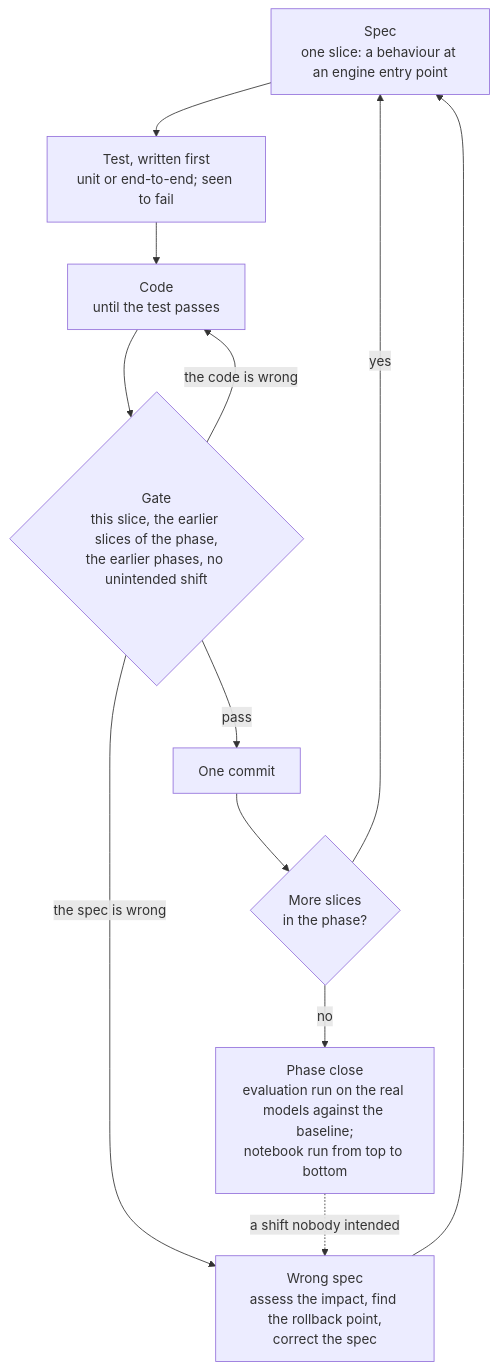
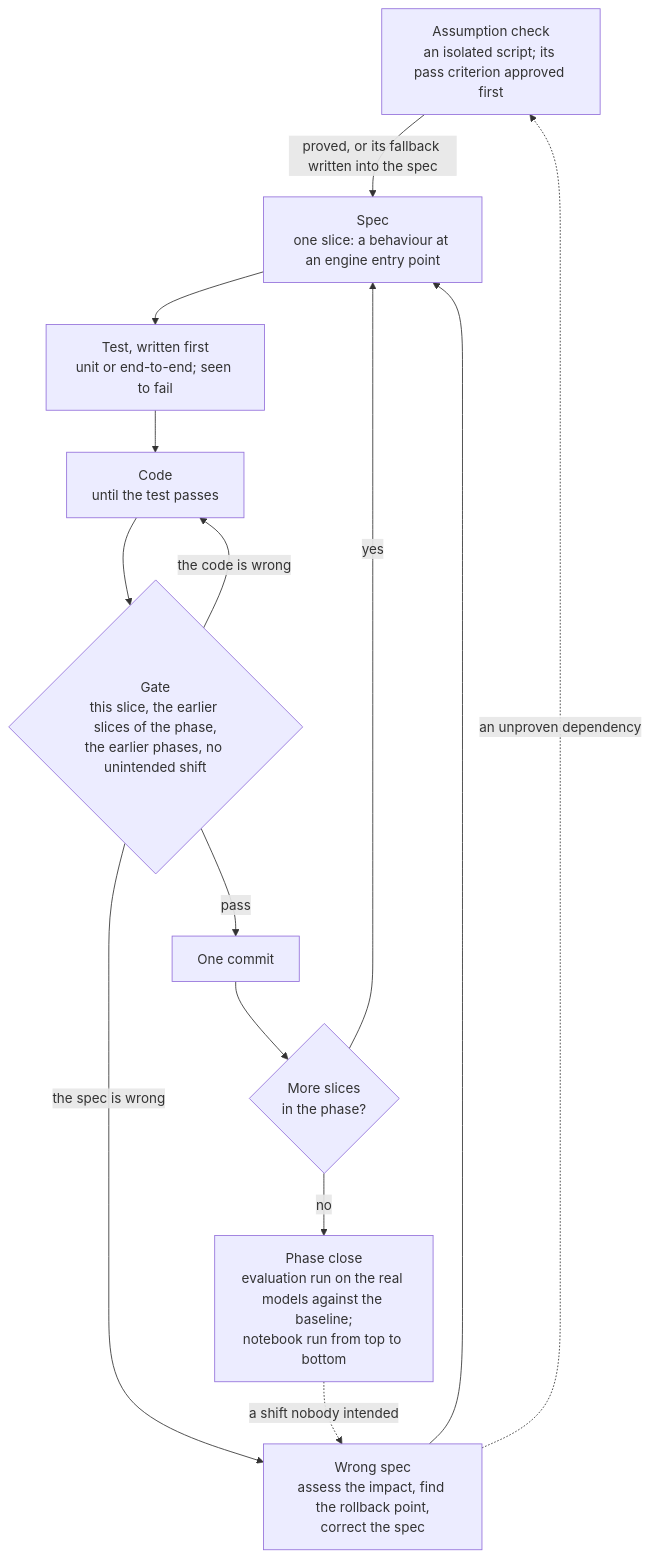
Before and after one commit to chazyman/financial-agent-capstone: the fifth of 5 diagrams in PROPOSAL.md, drawn with Mermaid. The commit also changed other lines of this file and 6 other files, not shown here.

````diff
--- a/PROPOSAL.md
+++ b/PROPOSAL.md
@@ -392,19 +392,22 @@
 ```mermaid
 flowchart TB
+    CHECK["Assumption check<br/>an isolated script; its pass criterion approved first"]
     SPEC["Spec<br/>one slice: a behaviour at an engine entry point"]
     TEST["Test, written first<br/>unit or end-to-end; seen to fail"]
     CODE["Code<br/>until the test passes"]
     GATE{"Gate<br/>this slice, the earlier slices of the phase,<br/>the earlier phases, no unintended shift"}
     COMMIT["One commit"]
     MORE{"More slices<br/>in the phase?"}
     CLOSE["Phase close<br/>evaluation run on the real models against the baseline;<br/>notebook run from top to bottom"]
     WRONG["Wrong spec<br/>assess the impact, find the rollback point,<br/>correct the spec"]
 
+    CHECK -->|"proved, or its fallback written into the spec"| SPEC
     SPEC --> TEST --> CODE --> GATE
     GATE -->|pass| COMMIT --> MORE
     GATE -->|"the code is wrong"| CODE
     GATE -->|"the spec is wrong"| WRONG --> SPEC
     MORE -->|yes| SPEC
     MORE -->|no| CLOSE
     CLOSE -.->|"a shift nobody intended"| WRONG
+    WRONG -.->|"an unproven dependency"| CHECK
 ```
````
